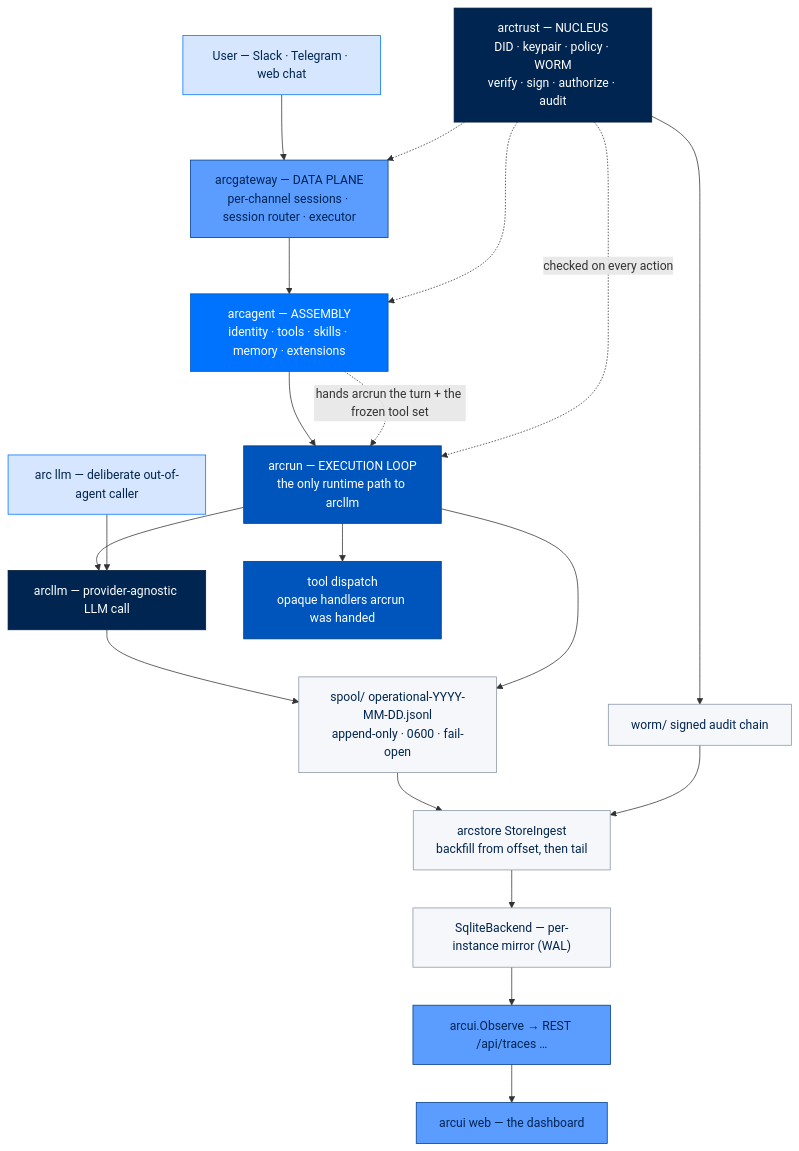
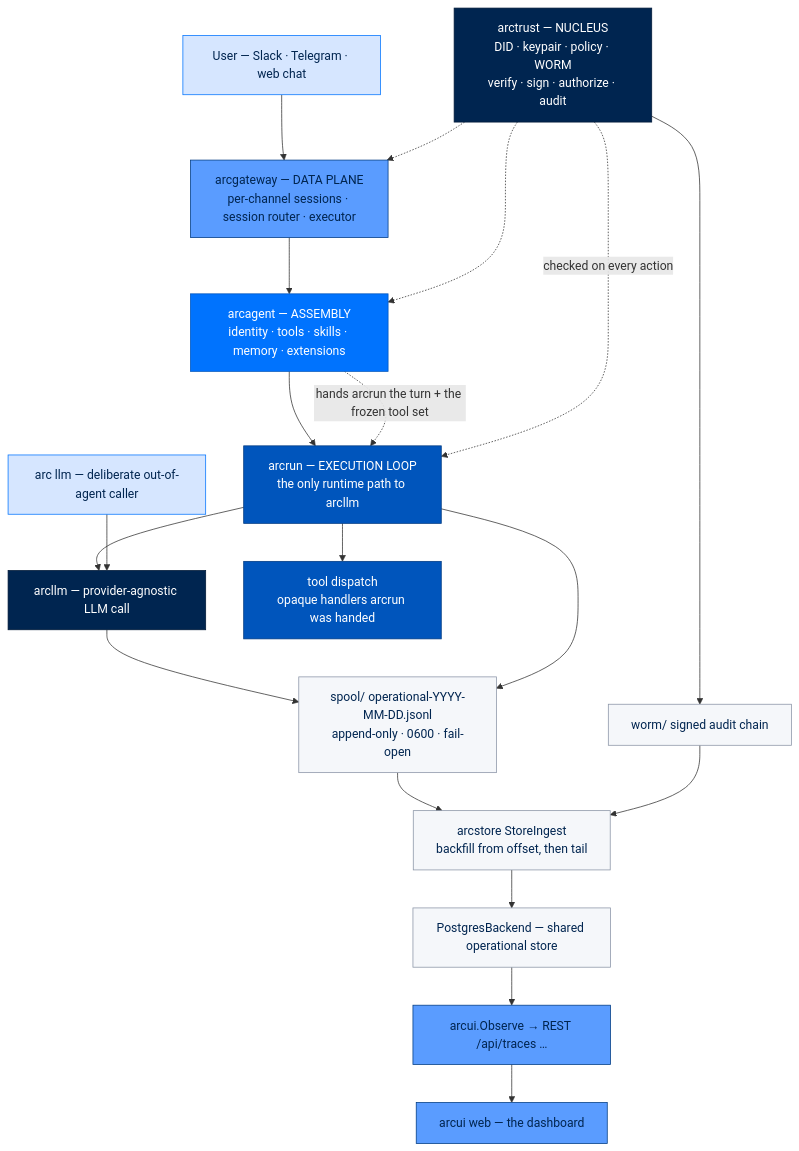
The second of 6 diagrams in docs/walkthrough/02-architecture.md (joshuamschultz/Arc), drawn with Mermaid before and after one commit. The commit also changed other lines of this file and 16 other files, not shown here.

````diff
--- a/docs/walkthrough/02-architecture.md
+++ b/docs/walkthrough/02-architecture.md
@@ -263,42 +263,42 @@
 ```mermaid
 flowchart TB
     classDef entry   fill:#D6E6FF,stroke:#0073FE,color:#002550
     classDef surface fill:#5A9CFF,stroke:#003B82,color:#002550
     classDef agent   fill:#0073FE,stroke:#0055BC,color:#FFFFFF
     classDef runtime fill:#0055BC,stroke:#003B82,color:#FFFFFF
     classDef found   fill:#002550,stroke:#001A38,color:#FFFFFF
     classDef record  fill:#F5F7FA,stroke:#8A94A6,color:#002550
 
     User["User — Slack · Telegram · web chat"]:::entry
     GW["arcgateway — DATA PLANE<br/>per-channel sessions · session router · executor"]:::surface
     AG["arcagent — ASSEMBLY<br/>identity · tools · skills · memory · extensions"]:::agent
     RUN["arcrun — EXECUTION LOOP<br/>the only runtime path to arcllm"]:::runtime
     LLM["arcllm — provider-agnostic LLM call"]:::found
     TOOLS["tool dispatch<br/>opaque handlers arcrun was handed"]:::runtime
     TRUST["arctrust — NUCLEUS<br/>DID · keypair · policy · WORM<br/>verify · sign · authorize · audit"]:::found
 
     SPOOL["spool/ operational-YYYY-MM-DD.jsonl<br/>append-only · 0600 · fail-open"]:::record
     WORM["worm/ signed audit chain"]:::record
     INGEST["arcstore StoreIngest<br/>backfill from offset, then tail"]:::record
-    DB["SqliteBackend — per-instance mirror (WAL)"]:::record
+    DB["PostgresBackend — shared operational store"]:::record
     OBS["arcui.Observe → REST /api/traces …"]:::surface
     WEB["arcui web — the dashboard"]:::surface
 
     User --> GW --> AG --> RUN
     RUN --> LLM
     RUN --> TOOLS
     AG -. "hands arcrun the turn + the frozen tool set" .-> RUN
     TRUST -.->|"checked on every action"| RUN
     TRUST -.-> AG
     TRUST -.-> GW
 
     LLM --> SPOOL
     RUN --> SPOOL
     TRUST --> WORM
     SPOOL --> INGEST
     WORM --> INGEST
     INGEST --> DB --> OBS --> WEB
 
     CLI["arc llm — deliberate out-of-agent caller"]:::entry
     CLI --> LLM
 ```
````
